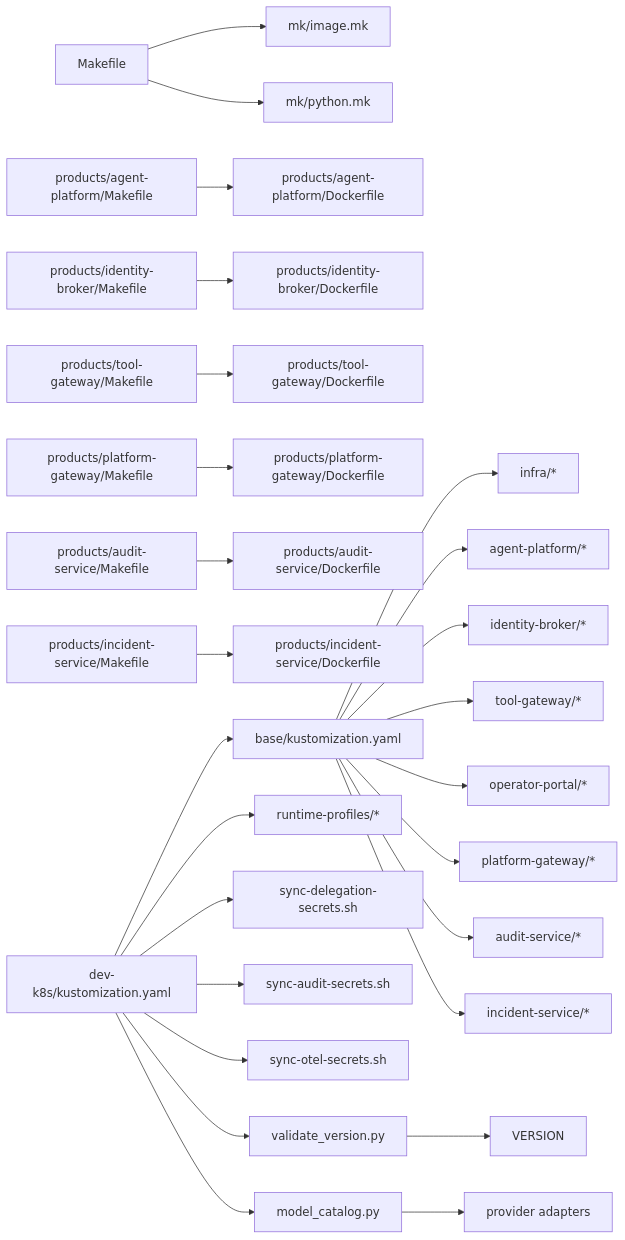
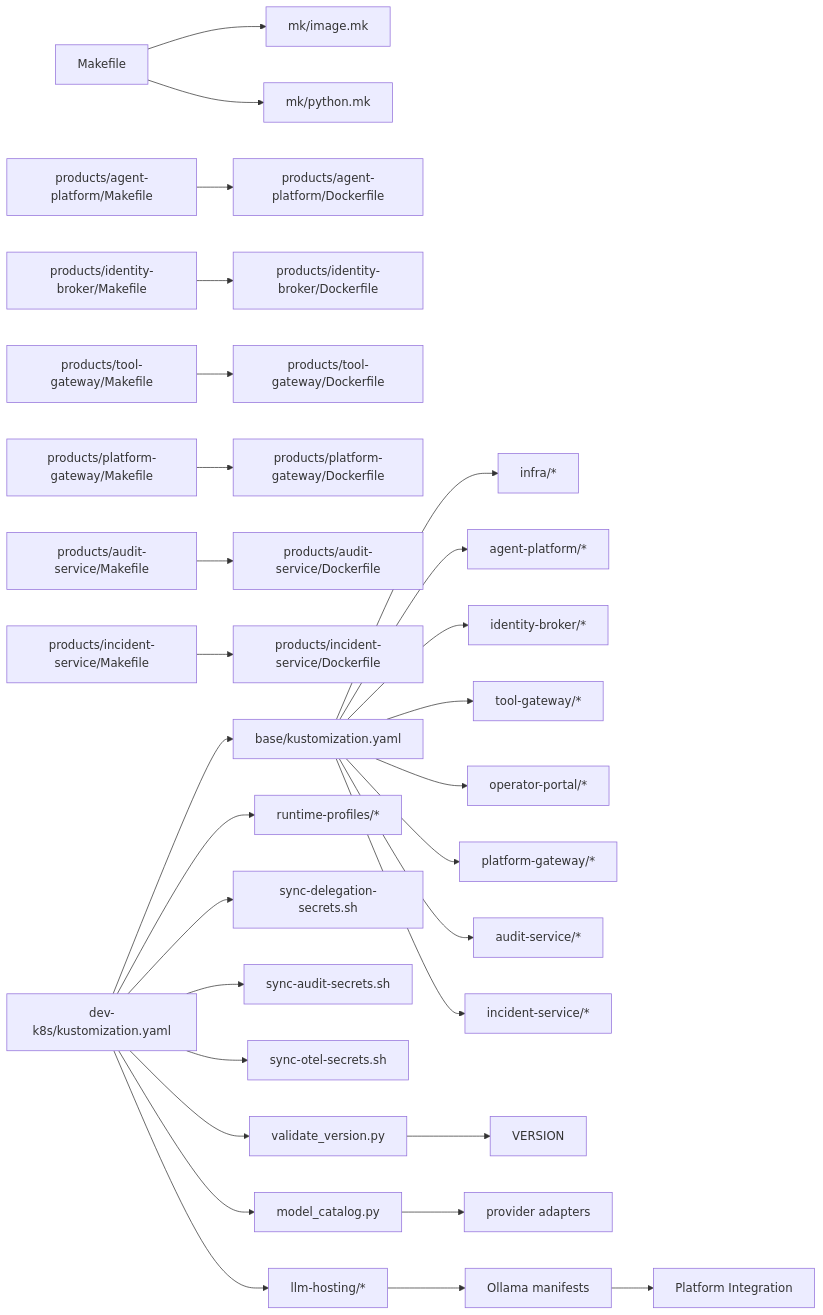
Before and after one commit to metasync/luban-aiops: diagram 12 of 12 in .qoder/repowiki/en/content/Deployment and Operations/Deployment and Operations.md, drawn with Mermaid. The commit also changed other lines of this file and 16 other files, not shown here.

````diff
--- a/.qoder/repowiki/en/content/Deployment and Operations/Deployment and Operations.md
+++ b/.qoder/repowiki/en/content/Deployment and Operations/Deployment and Operations.md
@@ -780,28 +890,31 @@
 ```mermaid
 graph LR
 MakefileRoot["Makefile"] --> MkImage["mk/image.mk"]
 MakefileRoot --> MkPython["mk/python.mk"]
 APMake["products/agent-platform/Makefile"] --> APDocker["products/agent-platform/Dockerfile"]
 IBMake["products/identity-broker/Makefile"] --> IBDocker["products/identity-broker/Dockerfile"]
 TGMake["products/tool-gateway/Makefile"] --> TGDocker["products/tool-gateway/Dockerfile"]
 PGMake["products/platform-gateway/Makefile"] --> PGDocker["products/platform-gateway/Dockerfile"]
 ASMake["products/audit-service/Makefile"] --> ASDocker["products/audit-service/Dockerfile"]
 ISMake["products/incident-service/Makefile"] --> ISDocker["products/incident-service/Dockerfile"]
 BaseKust["base/kustomization.yaml"] --> Infra["infra/*"]
 BaseKust --> APRes["agent-platform/*"]
 BaseKust --> IBRes["identity-broker/*"]
 BaseKust --> TGRes["tool-gateway/*"]
 BaseKust --> OPRes["operator-portal/*"]
 BaseKust --> PGRes["platform-gateway/*"]
 BaseKust --> ASRes["audit-service/*"]
 BaseKust --> ISRes["incident-service/*"]
 OverlayKust["dev-k8s/kustomization.yaml"] --> BaseKust
 OverlayKust --> Profiles["runtime-profiles/*"]
 OverlayKust --> Delegation["sync-delegation-secrets.sh"]
 OverlayKust --> AuditSecrets["sync-audit-secrets.sh"]
 OverlayKust --> OTelSecrets["sync-otel-secrets.sh"]
 OverlayKust --> VersionValidation["validate_version.py"]
 OverlayKust --> ModelCatalog["model_catalog.py"]
+OverlayKust --> LLMHosting["llm-hosting/*"]
 VersionValidation --> VERSION["VERSION"]
 ModelCatalog --> Providers["provider adapters"]
+LLMHosting --> OllamaManifests["Ollama manifests"]
+OllamaManifests --> Platform["Platform Integration"]
 ```
````
